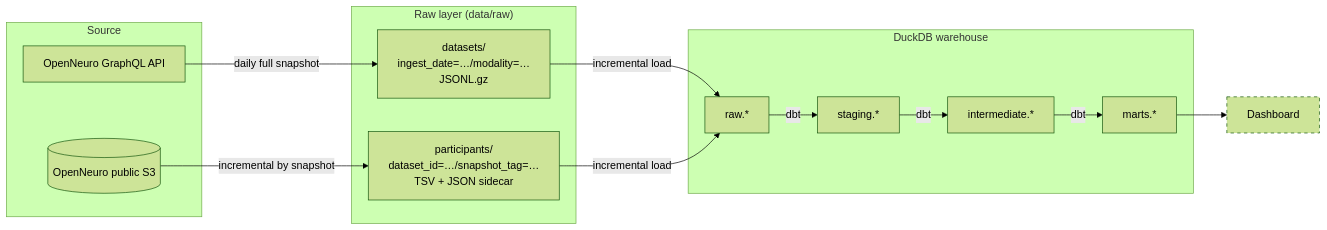
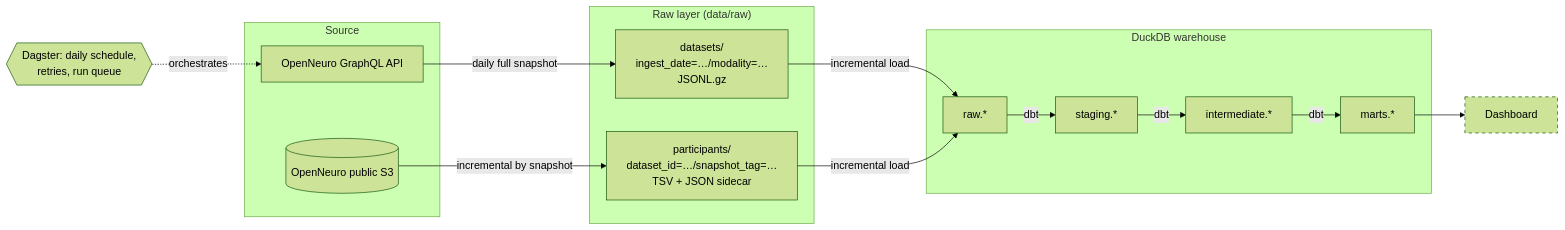
The diagram in README.md (AminMiri2000/openneuro-data-pipeline), drawn with Mermaid (forest theme) before and after one commit. The commit also changed other lines of this file and 2 other files, not shown here.

````diff
--- a/README.md
+++ b/README.md
@@ -17,25 +17,26 @@
 ```mermaid
 flowchart LR
     subgraph Source
         GQL[OpenNeuro GraphQL API]
         S3[(OpenNeuro public S3)]
     end
     subgraph Raw["Raw layer (data/raw)"]
         DS[datasets/<br/>ingest_date=…/modality=…<br/>JSONL.gz]
         PT[participants/<br/>dataset_id=…/snapshot_tag=…<br/>TSV + JSON sidecar]
     end
     subgraph WH["DuckDB warehouse"]
         RAW[raw.*]
         STG[staging.*]
         INT[intermediate.*]
         MART[marts.*]
     end
     GQL -- daily full snapshot --> DS
     S3 -- incremental by snapshot --> PT
     DS -- incremental load --> RAW
     PT -- incremental load --> RAW
     RAW -- dbt --> STG -- dbt --> INT -- dbt --> MART
     MART --> DASH[Dashboard]
+    DAG{{Dagster: daily schedule,<br/>retries, run queue}} -.orchestrates.-> GQL
     classDef todo stroke-dasharray: 5 5
     class DASH todo
 ```
````
